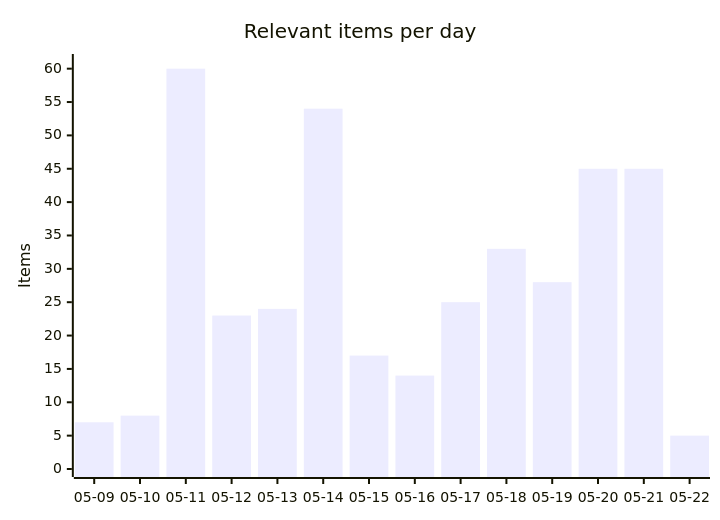
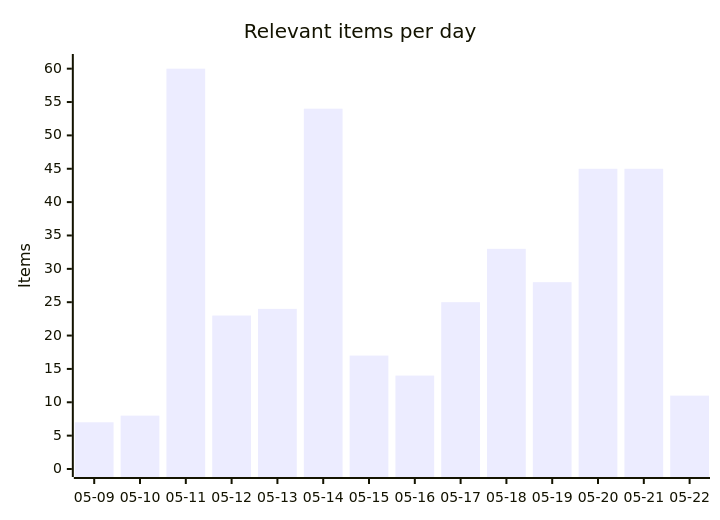
Before and after one commit to martinbalfanz/social-scanner-reports: the first of 4 diagrams in README.md, drawn with Mermaid. The commit also changed other lines of this file and 4 other files, not shown here.

````diff
--- a/README.md
+++ b/README.md
@@ -30,7 +30,7 @@
 ```mermaid
 xychart-beta
     title "Relevant items per day"
     x-axis ["05-09", "05-10", "05-11", "05-12", "05-13", "05-14", "05-15", "05-16", "05-17", "05-18", "05-19", "05-20", "05-21", "05-22"]
     y-axis "Items" 0 --> 61
-    bar [7, 8, 60, 23, 24, 54, 17, 14, 25, 33, 28, 45, 45, 5]
+    bar [7, 8, 60, 23, 24, 54, 17, 14, 25, 33, 28, 45, 45, 11]
 ```
````
